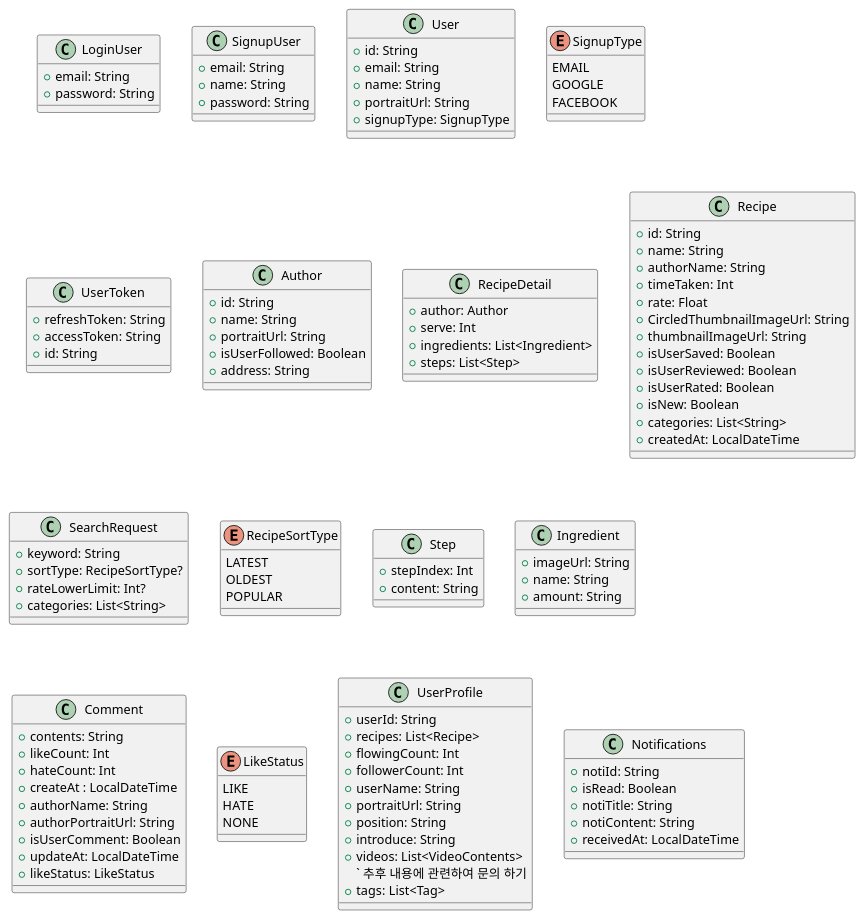
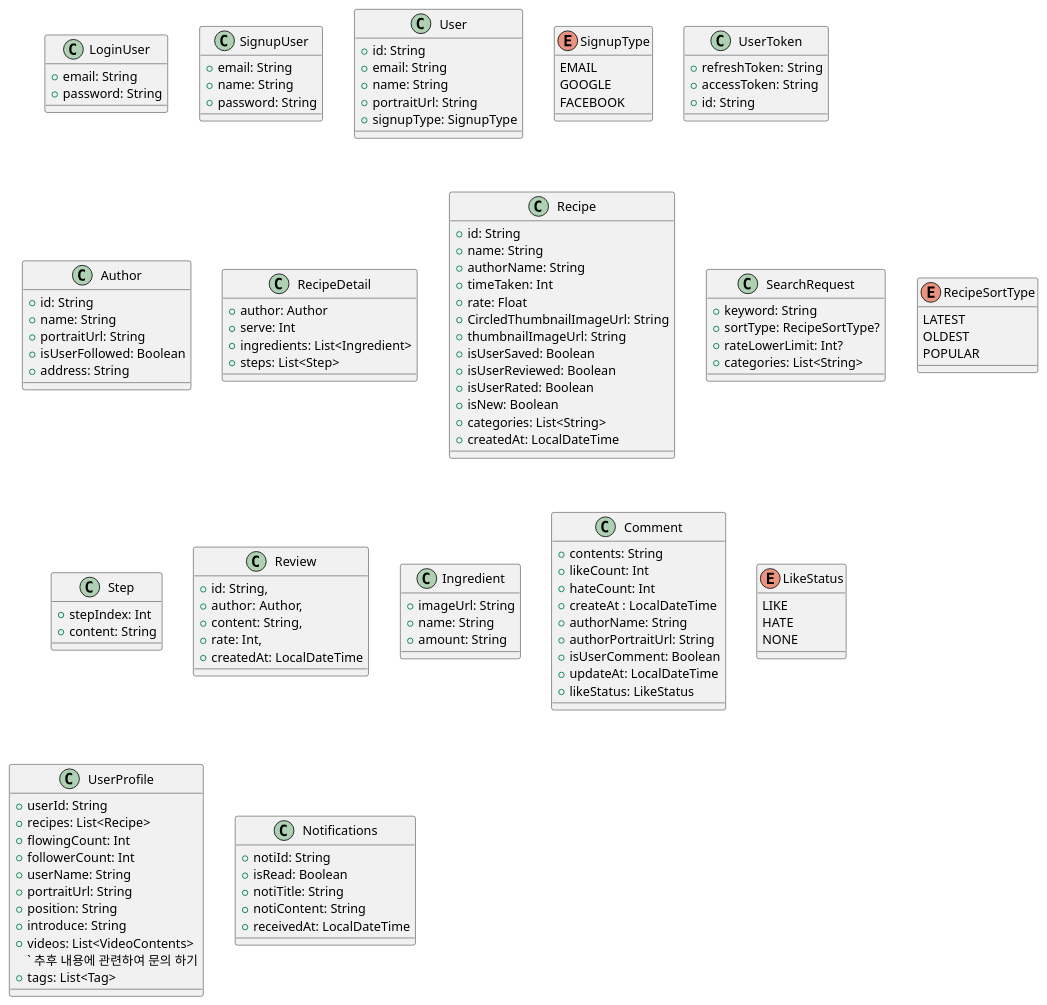
One commit to SurvivalCodingCampus/winter_kotlin_lecture changed the diagram in src/main/kotlin/day19/CookingApp.puml. Above: the diagram before and after it, drawn with PlantUML. The commit also changed 8 other files, not shown here.

```diff
--- a/src/main/kotlin/day19/CookingApp.puml
+++ b/src/main/kotlin/day19/CookingApp.puml
@@ -1,135 +1,143 @@
 @startuml
 
 class LoginUser {
     + email: String
     + password: String
 }
 
 class SignupUser {
     + email: String
     + name: String
     + password: String
 }
 
 class User {
     + id: String
     + email: String
     + name: String
     + portraitUrl: String
     + signupType: SignupType
 }
 
 enum SignupType {
     EMAIL
     GOOGLE
     FACEBOOK
 }
 
 ' SecurePref 에 넣어 두고 로그인 인증 시 필요할 때만 꺼내서 사용 후 메모리 에서 삭제 할 것
 ' 유저 객체와 토큰 객체는 분리 하여 사용 한다. (최소한의 보안))
 class UserToken {
     + refreshToken: String
     + accessToken: String
     + id: String
 }
 
 class Author {
     + id: String
     + name: String
     + portraitUrl: String
     + isUserFollowed: Boolean
     + address: String
 }
 
 class RecipeDetail {
     + author: Author
     + serve: Int
     + ingredients: List<Ingredient>
     + steps: List<Step>
 }
 
 class Recipe {
     + id: String
     + name: String
     + authorName: String
     ' 레시피의 총 소요 시간 (분)
     + timeTaken: Int
     + rate: Float
     + CircledThumbnailImageUrl: String
     + thumbnailImageUrl: String
     + isUserSaved: Boolean
     + isUserReviewed: Boolean
     + isUserRated: Boolean
     + isNew: Boolean
     + categories: List<String>
     + createdAt: LocalDateTime
 }
 
 ' 검색 기능을 사용할 메서드를 위한 객체
 class SearchRequest {
     + keyword: String
     ' 좋아요 갯수가 같을 때 같은 애들 끼리 정렬 방식은?
     + sortType: RecipeSortType?
     + rateLowerLimit: Int?
     + categories: List<String>
 
 }
 
 enum RecipeSortType {
     LATEST
     OLDEST
     POPULAR
 }
 
 class Step {
     + stepIndex: Int
     + content: String
 }
 
+class Review {
+    + id: String,
+    + author: Author,
+    + content: String,
+    + rate: Int,
+    + createdAt: LocalDateTime
+}
+
 class Ingredient {
     + imageUrl: String
     + name: String
     ' (g) 단위
     + amount: String
 }
 
 class Comment {
     + contents: String
     + likeCount: Int
     + hateCount: Int
     + createAt : LocalDateTime
     + authorName: String
     + authorPortraitUrl: String
     + isUserComment: Boolean
     + updateAt: LocalDateTime
     + likeStatus: LikeStatus
 }
 
 enum LikeStatus {
     LIKE
     HATE
     NONE
 }
 
 class UserProfile {
     + userId: String
     + recipes: List<Recipe>
     + flowingCount: Int
     + followerCount: Int
     + userName: String
     + portraitUrl: String
     + position: String
     + introduce: String
     + videos: List<VideoContents>
     ` 추후 내용에 관련하여 문의 하기
     + tags: List<Tag>
 }
 
 class Notifications {
     + notiId: String
     + isRead: Boolean
     + notiTitle: String
     + notiContent: String
     + receivedAt: LocalDateTime
 }
 @enduml
```
